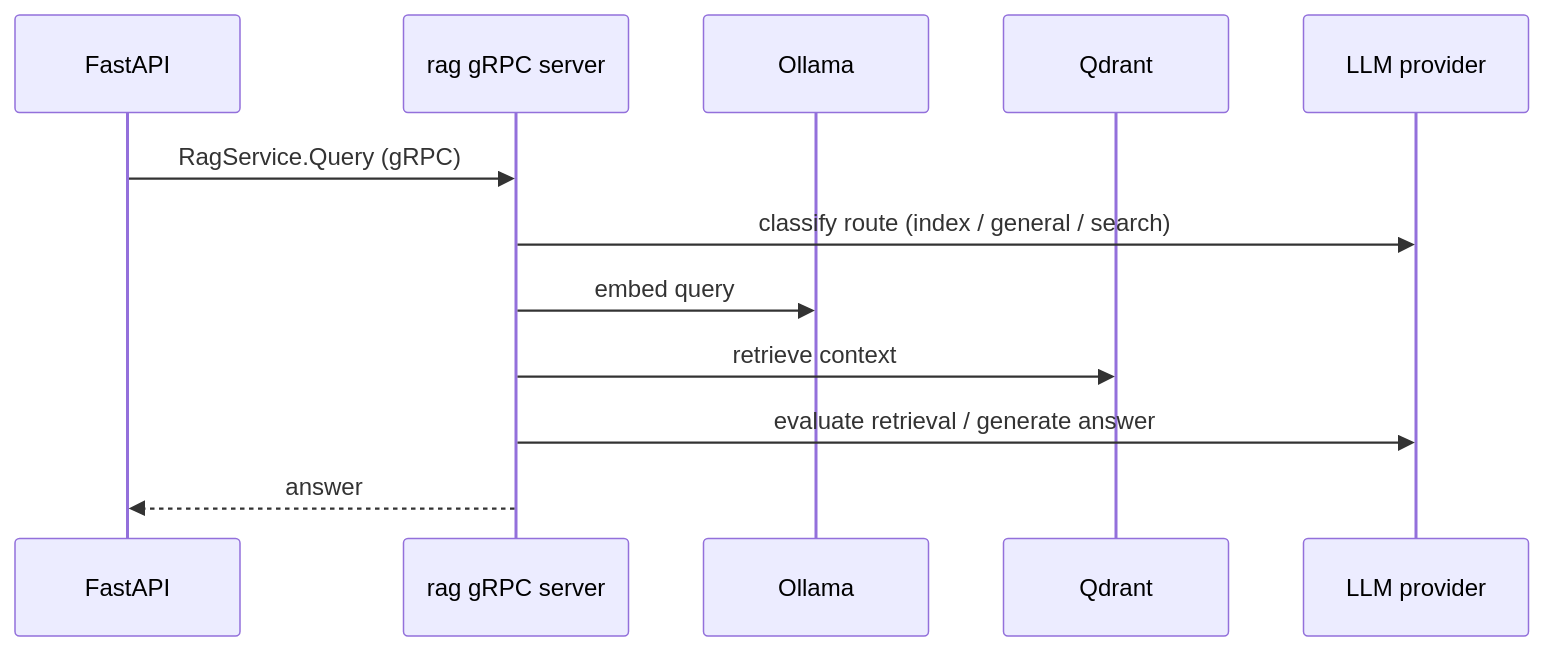
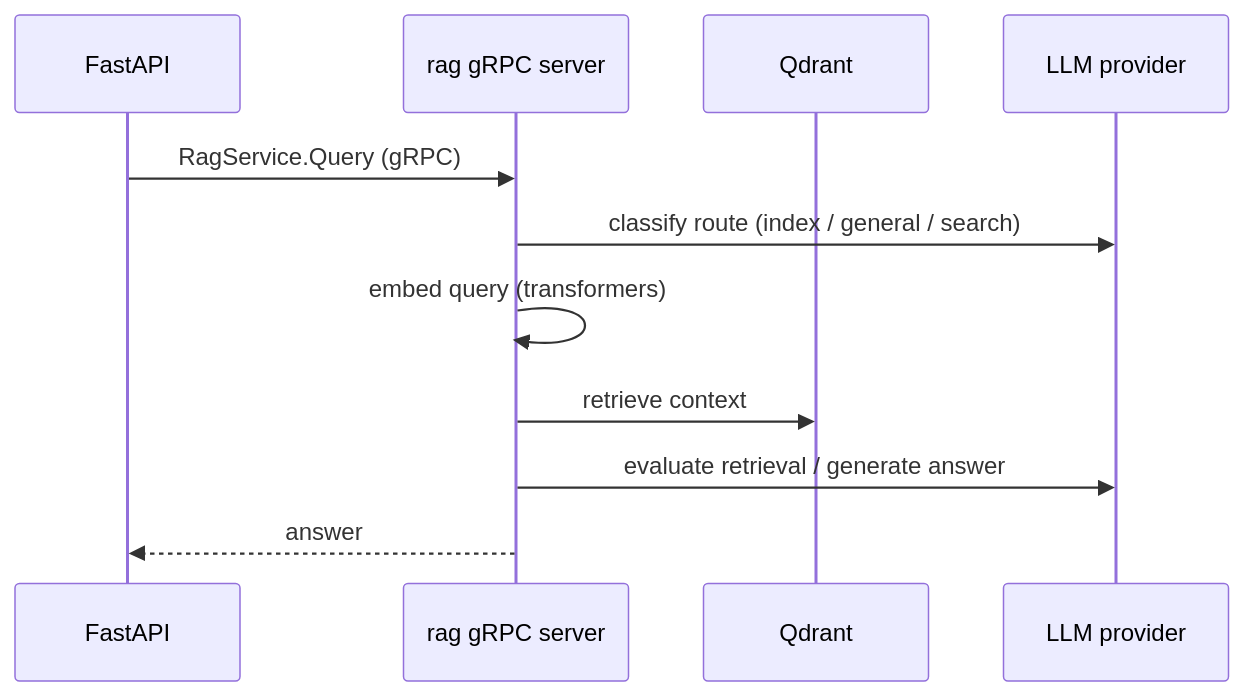
Before and after one commit to ishu-codes/ragify: the second of 2 diagrams in rag/README.md, drawn with Mermaid. The commit also changed other lines of this file and 46 other files, not shown here.

````diff
--- a/rag/README.md
+++ b/rag/README.md
@@ -80,15 +80,14 @@
 ```mermaid
 sequenceDiagram
     participant API as FastAPI
     participant RAG as rag gRPC server
-    participant OLL as Ollama
     participant QD as Qdrant
     participant LLM as LLM provider
 
     API->>RAG: RagService.Query (gRPC)
     RAG->>LLM: classify route (index / general / search)
-    RAG->>OLL: embed query
+    RAG->>RAG: embed query (transformers)
     RAG->>QD: retrieve context
     RAG->>LLM: evaluate retrieval / generate answer
     RAG-->>API: answer
 ```
````
